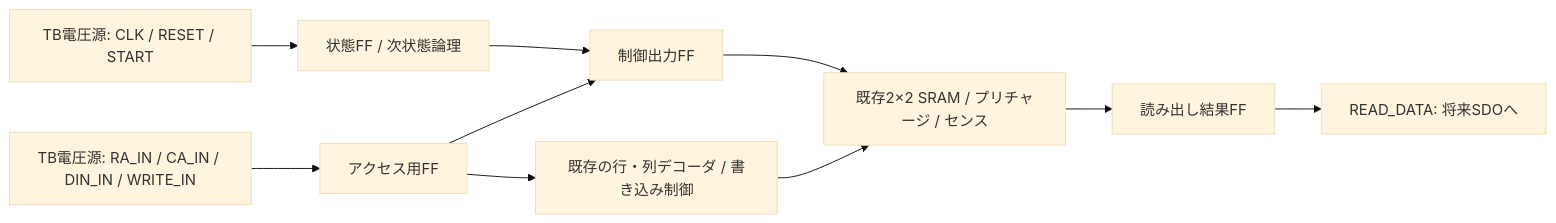
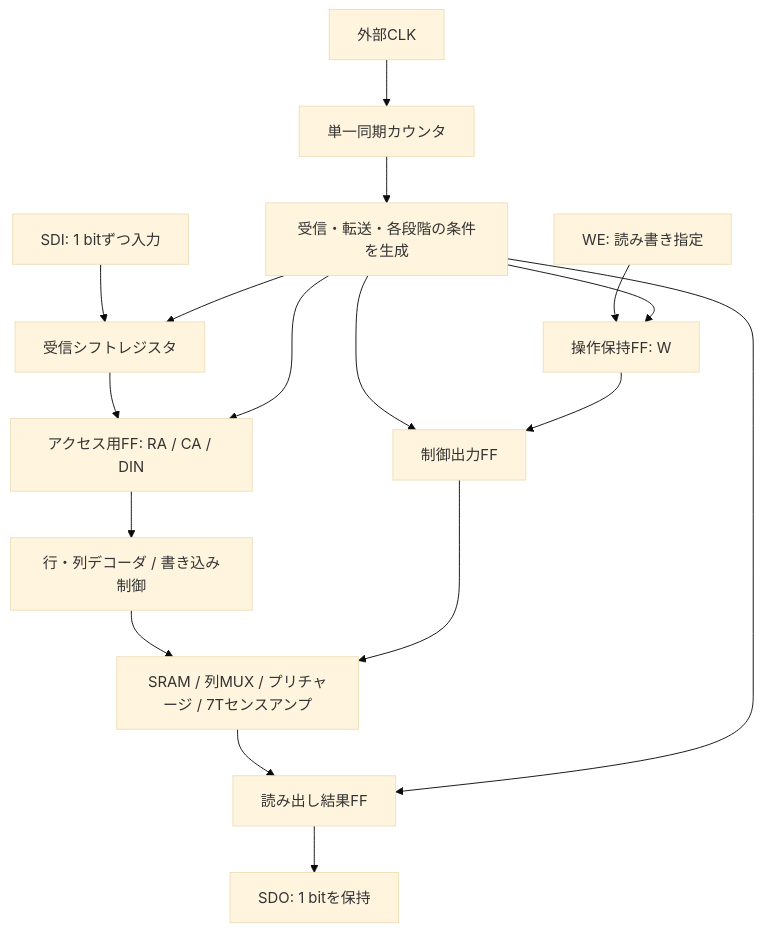
The diagram in SEQUENCER_DESIGN.md (PenguinEino/opensusi-tr10-sram512), drawn with Mermaid (base theme) before and after one commit. The commit also changed other lines of this file and 8 other files, not shown here.

Commit message:
Define seven-pin serial SRAM protocol and remove superseded sequencer

````diff
--- a/SEQUENCER_DESIGN.md
+++ b/SEQUENCER_DESIGN.md
@@ -11,12 +17,19 @@
 ```mermaid
-flowchart LR
-  V[TB電圧源: RA_IN / CA_IN / DIN_IN / WRITE_IN] --> A[アクセス用FF]
-  A --> D[既存の行・列デコーダ / 書き込み制御]
-  T[TB電圧源: CLK / RESET / START] --> S[状態FF / 次状態論理]
-  S --> O[制御出力FF]
-  A --> O
-  O --> M[既存2×2 SRAM / プリチャージ / センス]
-  D --> M
+flowchart TD
+  SDI[SDI: 1 bitずつ入力] --> SR[受信シフトレジスタ]
+  SR --> A[アクセス用FF: RA / CA / DIN]
+  WE[WE: 読み書き指定] --> W[操作保持FF: W]
+  CLK[外部CLK] --> C[単一同期カウンタ]
+  C --> L[受信・転送・各段階の条件を生成]
+  L --> SR
+  L --> A
+  L --> W
+  L --> O[制御出力FF]
+  W --> O
+  A --> D[行・列デコーダ / 書き込み制御]
+  D --> M[SRAM / 列MUX / プリチャージ / 7Tセンスアンプ]
+  O --> M
   M --> R[読み出し結果FF]
-  R --> Q[READ_DATA: 将来SDOへ]
+  L --> R
+  R --> SDO[SDO: 1 bitを保持]
 ```
````
